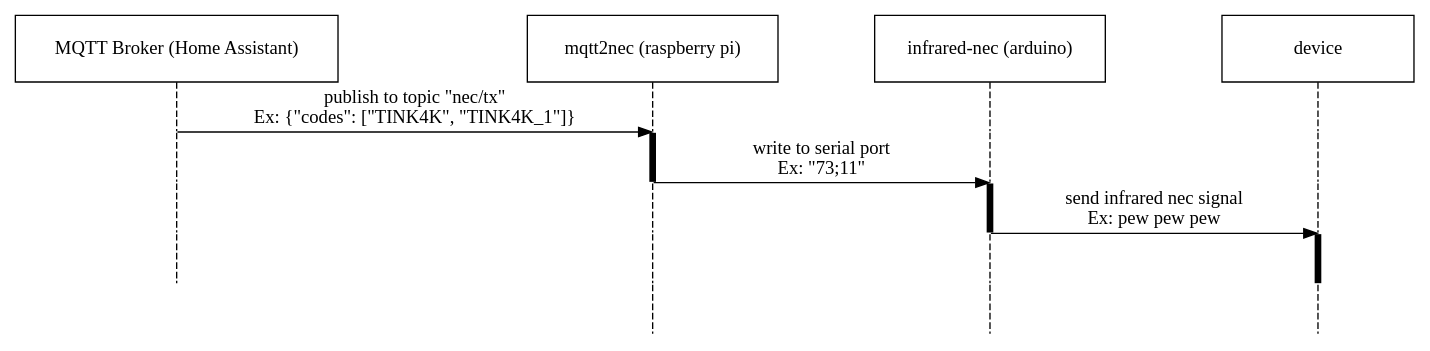
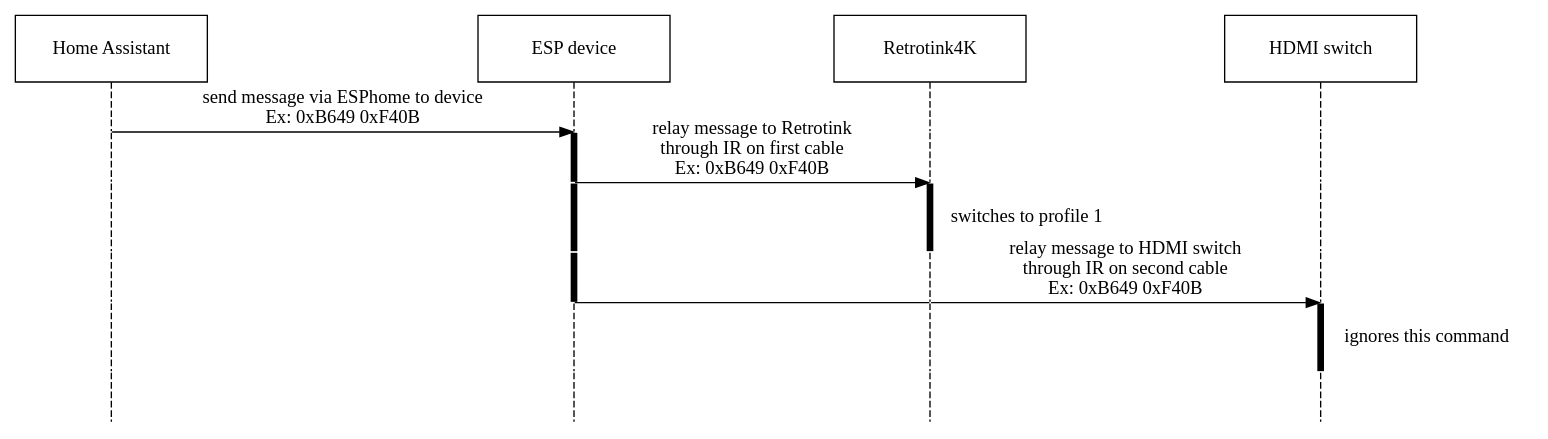
The diagram in src/graphs/infrared_sequence.dot (jrobichaud/retrogaming), drawn with Graphviz before and after one commit. The commit also changed 5 other files, not shown here.

```diff
--- a/src/graphs/infrared_sequence.dot
+++ b/src/graphs/infrared_sequence.dot
@@ -1,43 +1,43 @@
 // https://stackoverflow.com/a/59363959/2115513
 digraph SEQ_DIAGRAM {
-    graph [overlap=true, splines=line, nodesep=1.0, ordering=out];
-    edge [arrowhead=none];
-    node [shape=none, width=0, height=0, label=""];
+    graph [overlap = true, splines = line, nodesep = 1.0, ordering = out];
+    edge [arrowhead = none];
+    node [shape = none, width = 0, height = 0, label = ""];
 
     {
-        rank=same;
-        node[shape=rectangle, height=0.7, width=2];
-        mqtt[label="MQTT Broker (Home Assistant)"];
-        mqtt2nec[label="mqtt2nec (raspberry pi)"];
-        arduino[label="infrared-nec (arduino)"];
-        device[label="device"];
+        rank = same;
+        node [shape = rectangle, height = 0.7, width = 2];
+        homeassistant [label = "Home Assistant"];
+        cec [label = "ESP device"];
+        retrotink [label = "Retrotink4K"];
+        hdmi_switch [label = "HDMI switch"];
     }
     // Draw vertical lines
     {
-        edge [style=dashed, weight=6];
-        mqtt -> a1 -> a2 -> a3;
-        a3 -> a5;
+        edge [style = dashed, weight = 6];
+        homeassistant -> a1 -> a2 -> a3;
+        a3 -> a4 -> a5 -> a6;
     }
     {
-        edge [style=dashed, weight=6];
-        mqtt2nec -> b1
-        b1 -> b2 [penwidth=5, style=solid];
-        b2 -> b3 -> b4 -> b5 ;
+        edge [style = dashed, weight = 6];
+        cec -> b1
+        b1 -> b2 -> b3 -> b4 [penwidth = 5, style = solid];
+        b4 -> b5 -> b6;
     }
     {
-        edge [style=dashed, weight=6];
-        arduino -> c1;
-        c1-> c2;
-        c2 -> c3 [penwidth=5, style=solid];
-        c3 -> c4 -> c5;
+        edge [style = dashed, weight = 6];
+        retrotink -> c1;
+        c1 -> c2;
+        c2 -> c3 [penwidth = 5, style = solid, label="switches to profile 1"];
+        c3 -> c4 -> c5 -> c6;
     }
     {
-        edge [style=dashed, weight=6];
-        device -> d1 -> d2 -> d3;
-        d3 -> d4 [penwidth=5, style=solid];
-        d4 -> d5;
+        edge [style = dashed, weight = 6];
+        hdmi_switch -> d1 -> d2 -> d3 -> d4;
+        d4 -> d5 [penwidth = 5, style = solid, label="ignores this command"];
+        d5 -> d6;
     }
-    { rank=same; a1 -> b1 [label="publish to topic \"nec/tx\"\nEx: {\"codes\": [\"TINK4K\", \"TINK4K_1\"]}", arrowhead=normal]; }
-    { rank=same; b2 -> c2 [label="write to serial port\nEx: \"73;11\"", arrowhead=normal]; }
-    { rank=same; c3 -> d3 [label="send infrared nec signal\n Ex: pew pew pew", arrowhead=normal]; }
+    { rank = same; a1 -> b1 [label = "send message via ESPhome to device \nEx: 0xB649 0xF40B", arrowhead = normal]; }
+    { rank = same; b2 -> c2 [label = "relay message to Retrotink\nthrough IR on first cable\nEx: 0xB649 0xF40B", arrowhead = normal]; }
+    { rank = same; b4-> c4; c4 -> d4 [label = "relay message to HDMI switch\nthrough IR on second cable\nEx: 0xB649 0xF40B", arrowhead = normal]; }
 }
```
